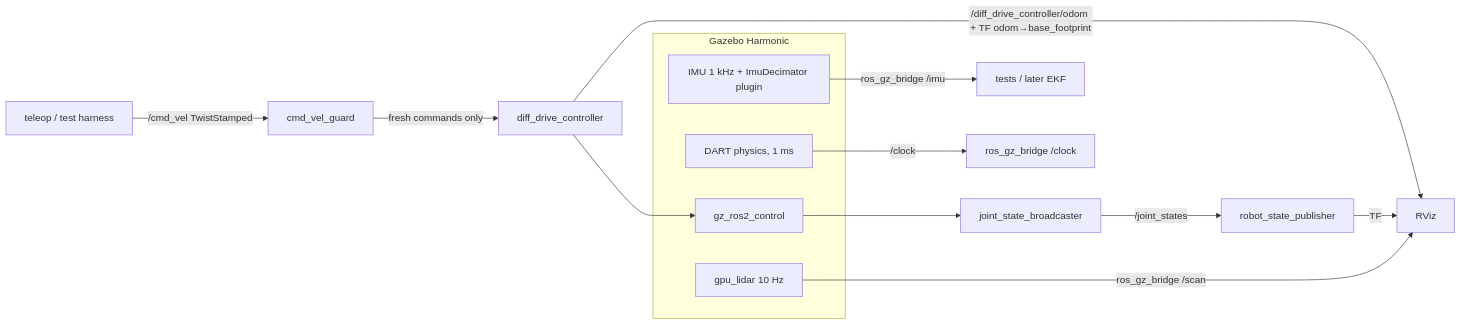
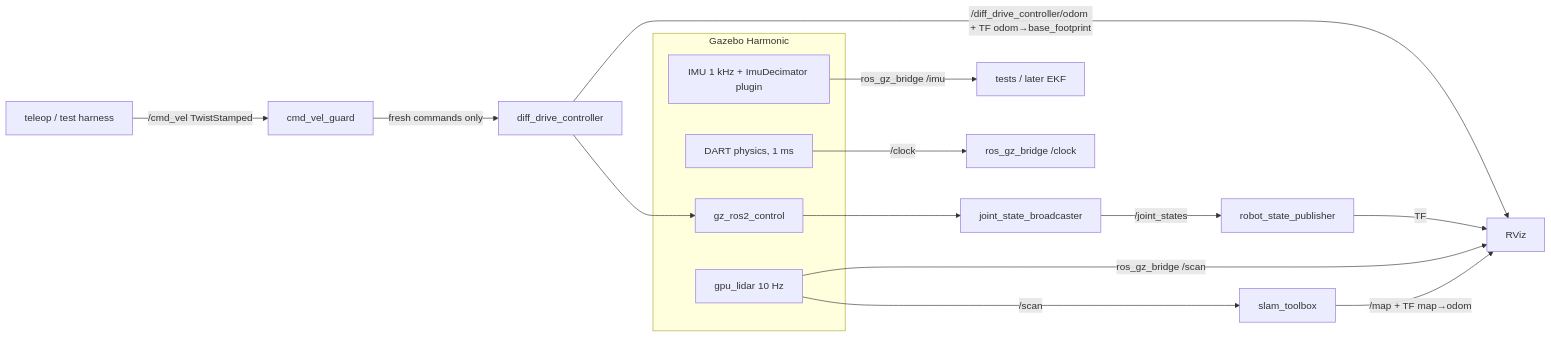
The second of 3 diagrams in README.md (Nikhil-Jangid/smart-factory-amr), drawn with Mermaid before and after one commit. The commit also changed other lines of this file and 24 other files, not shown here.

````diff
--- a/README.md
+++ b/README.md
@@ -133,19 +143,21 @@
 ```mermaid
 flowchart LR
   subgraph Gazebo[Gazebo Harmonic]
     phys[DART physics, 1 ms]
     lidar[gpu_lidar 10 Hz]
     imu[IMU 1 kHz + ImuDecimator plugin]
     gzrc[gz_ros2_control]
   end
   teleop[teleop / test harness] -- /cmd_vel TwistStamped --> guard[cmd_vel_guard]
   guard -- fresh commands only --> ddc[diff_drive_controller]
   ddc --> gzrc
   gzrc --> jsb[joint_state_broadcaster]
   jsb -- /joint_states --> rsp[robot_state_publisher]
   ddc -- /diff_drive_controller/odom + TF odom→base_footprint --> rviz[RViz]
   rsp -- TF --> rviz
   lidar -- ros_gz_bridge /scan --> rviz
   imu -- ros_gz_bridge /imu --> tests[tests / later EKF]
   phys -- /clock --> bridge[ros_gz_bridge /clock]
+  lidar -- /scan --> slam[slam_toolbox]
+  slam -- /map + TF map→odom --> rviz
 ```
````
